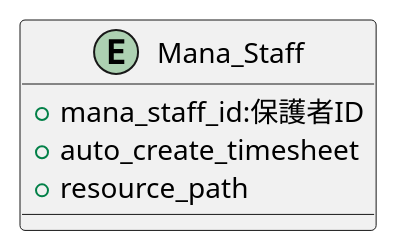
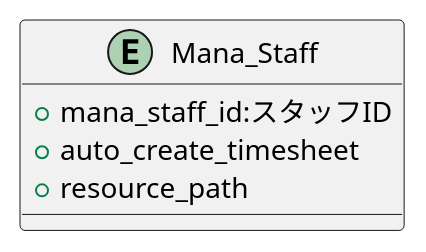
Before and after one commit to popoposorara/ERP_ER: the diagram in Entity/Mana_Staff.pu, drawn with PlantUML. The commit also changed 19 other files, not shown here.

```diff
--- a/Entity/Mana_Staff.pu
+++ b/Entity/Mana_Staff.pu
@@ -1,9 +1,9 @@
 @startuml
 
 entity "Mana_Staff" {
-    + mana_staff_id:保護者ID
+    + mana_staff_id:スタッフID
     + auto_create_timesheet
     + resource_path
 }
 
 @enduml
```
